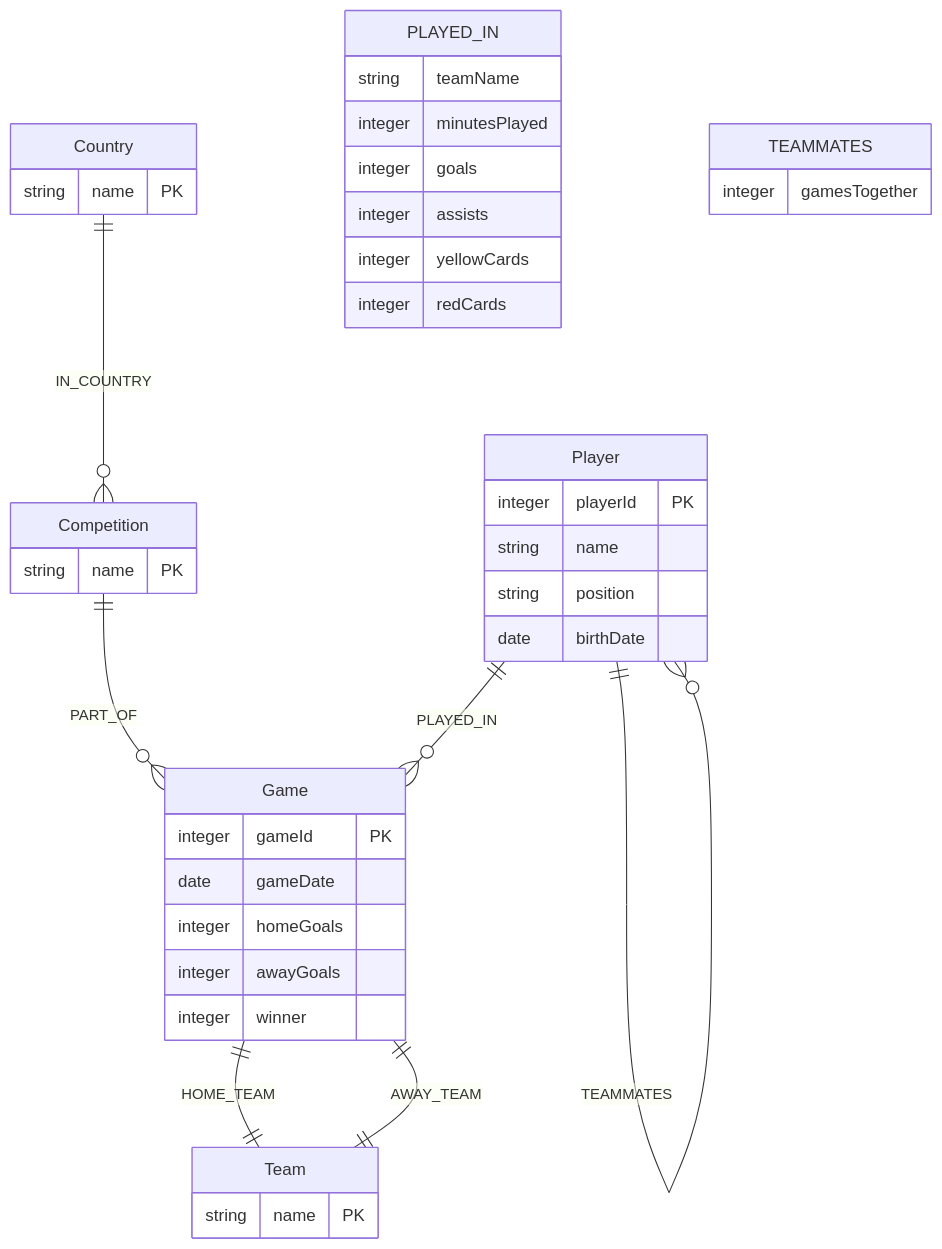
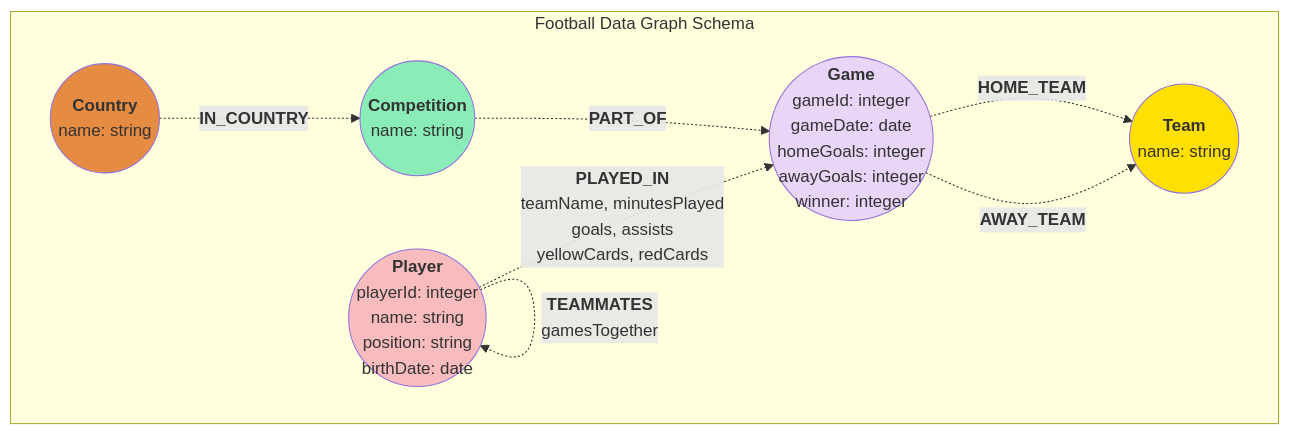
One commit to alex-kazos/neo4j-project changed the diagram in Graph_Schema.mmd. Above: the diagram before and after it, drawn with Mermaid. The commit also changed other lines of this file and 12 other files, not shown here.

Commit message:
refactor: update graph schema to flowchart format and add styles

```diff
--- a/Graph_Schema.mmd
+++ b/Graph_Schema.mmd
@@ -1,47 +1,20 @@
-erDiagram
-    Country ||--o{ Competition : "IN_COUNTRY"
-    Competition ||--o{ Game : "PART_OF"
-    Game ||--|| Team : "HOME_TEAM"
-    Game ||--|| Team : "AWAY_TEAM"
-    Player ||--o{ Game : "PLAYED_IN"
-    Player ||--o{ Player : "TEAMMATES"
+flowchart TB
+ subgraph subGraph0["Football Data Graph Schema"]
+        Country(("<b>Country</b><br>name: string"))
+        Competition(("<b>Competition</b><br>name: string"))
+        Game(("<b>Game</b><br>gameId: integer<br>gameDate: date<br>homeGoals: integer<br>awayGoals: integer<br>winner: integer"))
+        Team(("<b>Team</b><br>name: string"))
+        Player(("<b>Player</b><br>playerId: integer<br>name: string<br>position: string<br>birthDate: date"))
+  end
+    Country -. <b>IN_COUNTRY</b> .-> Competition
+    Competition -. <b>PART_OF</b> .-> Game
+    Game -. <b>HOME_TEAM</b> .-> Team
+    Game -. <b>AWAY_TEAM</b> .-> Team
+    Player -. <b>PLAYED_IN</b><br>teamName, minutesPlayed<br>goals, assists<br>yellowCards, redCards .-> Game
+    Player -. <b>TEAMMATES</b><br>gamesTogether .-> Player
 
-    Country {
-        string name PK
-    }
-
-    Competition {
-        string name PK
-    }
-
-    Game {
-        integer gameId PK
-        date gameDate
-        integer homeGoals
-        integer awayGoals
-        integer winner
-    }
-
-    Team {
-        string name PK
-    }
-
-    Player {
-        integer playerId PK
-        string name
-        string position
-        date birthDate
-    }
-
-    PLAYED_IN {
-        string teamName
-        integer minutesPlayed
-        integer goals
-        integer assists
-        integer yellowCards
-        integer redCards
-    }
-
-    TEAMMATES {
-        integer gamesTogether
-    }
+    style Country fill:#e58b42
+    style Competition fill:#8aedb8
+    style Game fill:#e8d5f7
+    style Team fill:#ffe000
+    style Player fill:#f8bcbe
```
